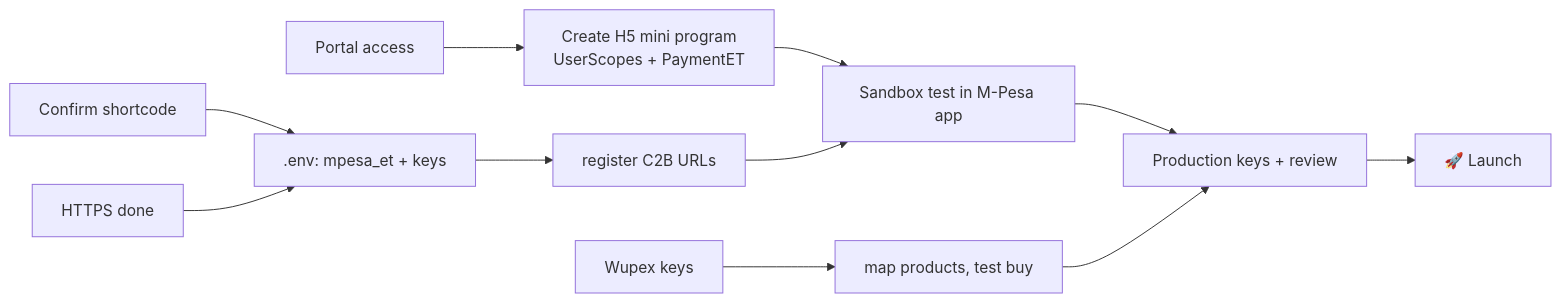
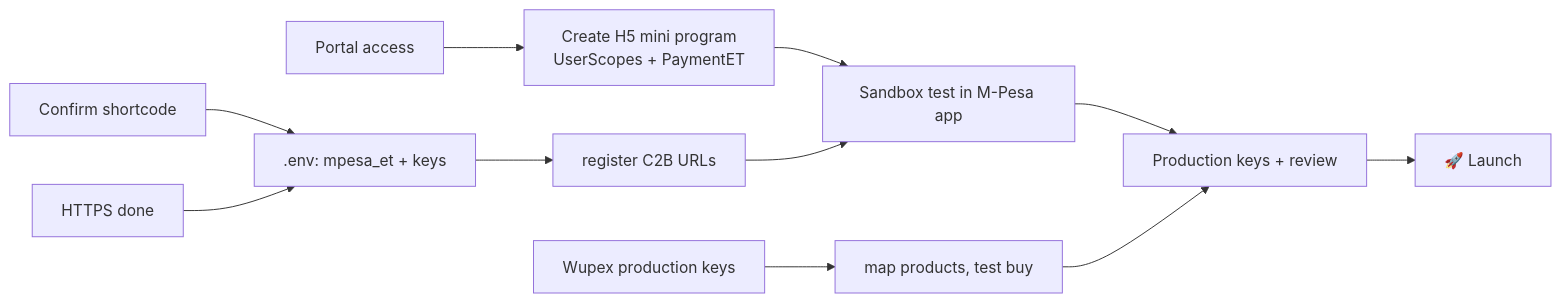
The diagram in docs/technical/Status and Roadmap.md (Yesunewh/SE-eCards-MPesa_Miniapp), drawn with Mermaid before and after one commit. The commit also changed other lines of this file and 19 other files, not shown here.

````diff
--- a/docs/technical/Status and Roadmap.md
+++ b/docs/technical/Status and Roadmap.md
@@ -48,13 +48,13 @@
 ```mermaid
 flowchart LR
   A[Portal access] --> B[Create H5 mini program<br/>UserScopes + PaymentET]
   C[Confirm shortcode] --> D[.env: mpesa_et + keys]
   E[HTTPS done] --> D
   D --> F[register C2B URLs]
   B --> G[Sandbox test in M-Pesa app]
   F --> G
-  H[Wupex keys] --> I[map products, test buy]
+  H[Wupex production keys] --> I[map products, test buy]
   G --> J[Production keys + review]
   I --> J
   J --> K[🚀 Launch]
 ```
````
